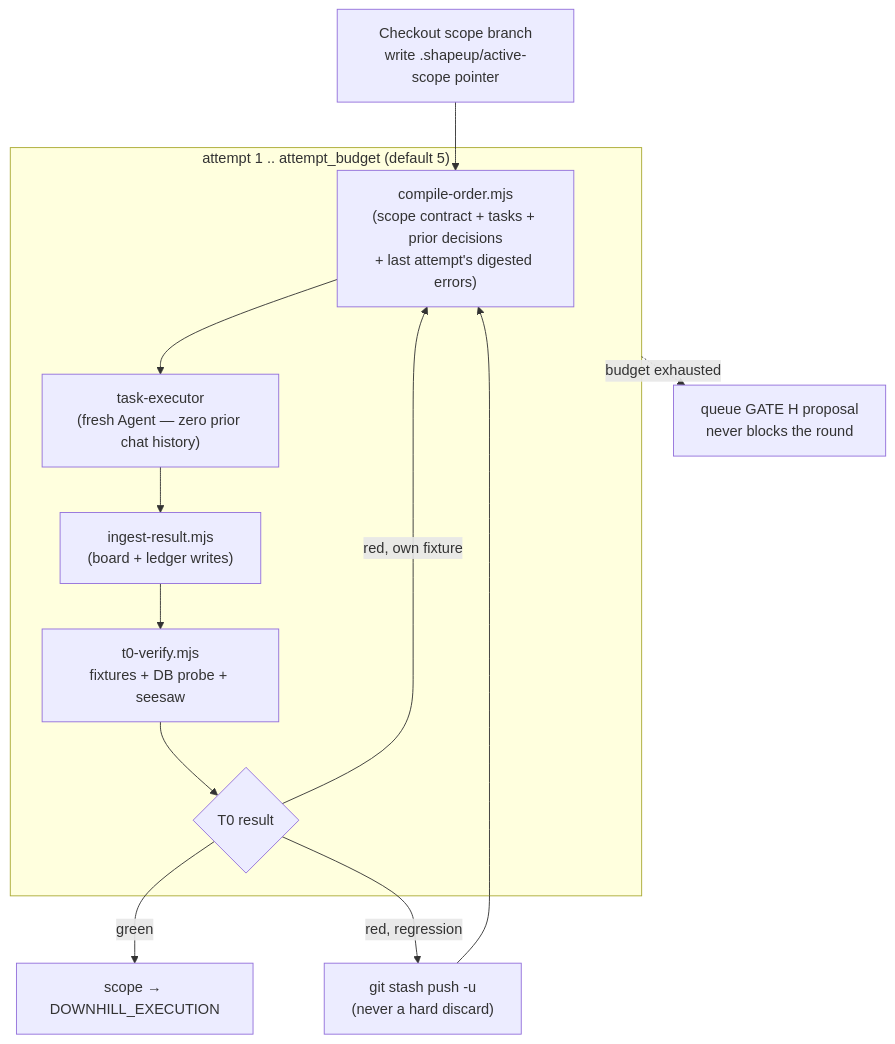
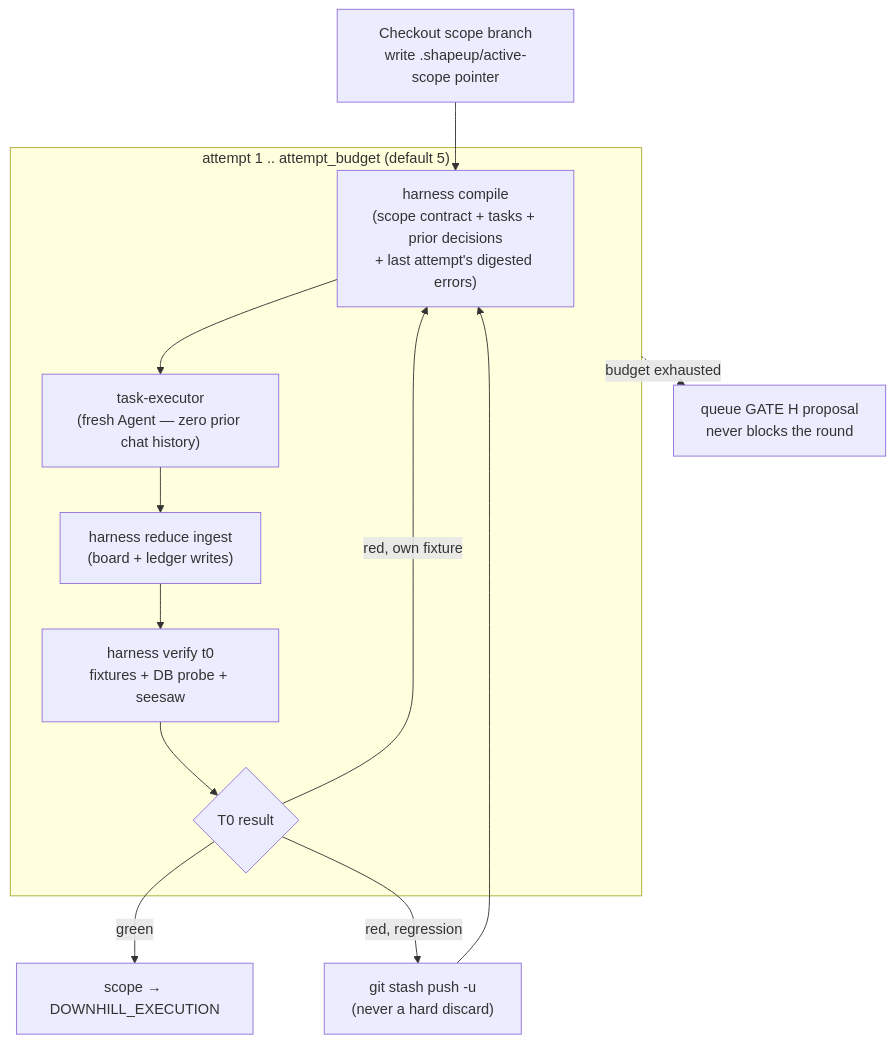
The diagram in docs/design/04-functional-design.md (nguyenvanphituoc/shapeup-sdlc-plugin), drawn with Mermaid before and after one commit. The commit also changed other lines of this file and 113 other files, not shown here.

````diff
--- a/docs/design/04-functional-design.md
+++ b/docs/design/04-functional-design.md
@@ -27,14 +27,14 @@
 ```mermaid
 flowchart TD
     S0["Checkout scope branch\nwrite .shapeup/active-scope pointer"] --> A1
     subgraph LOOP["attempt 1 .. attempt_budget (default 5)"]
-      A1["compile-order.mjs\n(scope contract + tasks + prior decisions\n+ last attempt's digested errors)"] --> A2["task-executor\n(fresh Agent — zero prior chat history)"]
-      A2 --> A3["ingest-result.mjs\n(board + ledger writes)"]
-      A3 --> A6["t0-verify.mjs\nfixtures + DB probe + seesaw"]
+      A1["harness compile\n(scope contract + tasks + prior decisions\n+ last attempt's digested errors)"] --> A2["task-executor\n(fresh Agent — zero prior chat history)"]
+      A2 --> A3["harness reduce ingest\n(board + ledger writes)"]
+      A3 --> A6["harness verify t0\nfixtures + DB probe + seesaw"]
       A6 --> A7{"T0 result"}
     end
     A7 -- green --> DONE["scope → DOWNHILL_EXECUTION"]
     A7 -- "red, regression" --> STASH["git stash push -u\n(never a hard discard)"] --> A1
     A7 -- "red, own fixture" --> A1
     LOOP -. budget exhausted .-> HAMMER["queue GATE H proposal\nnever blocks the round"]
 ```
````
